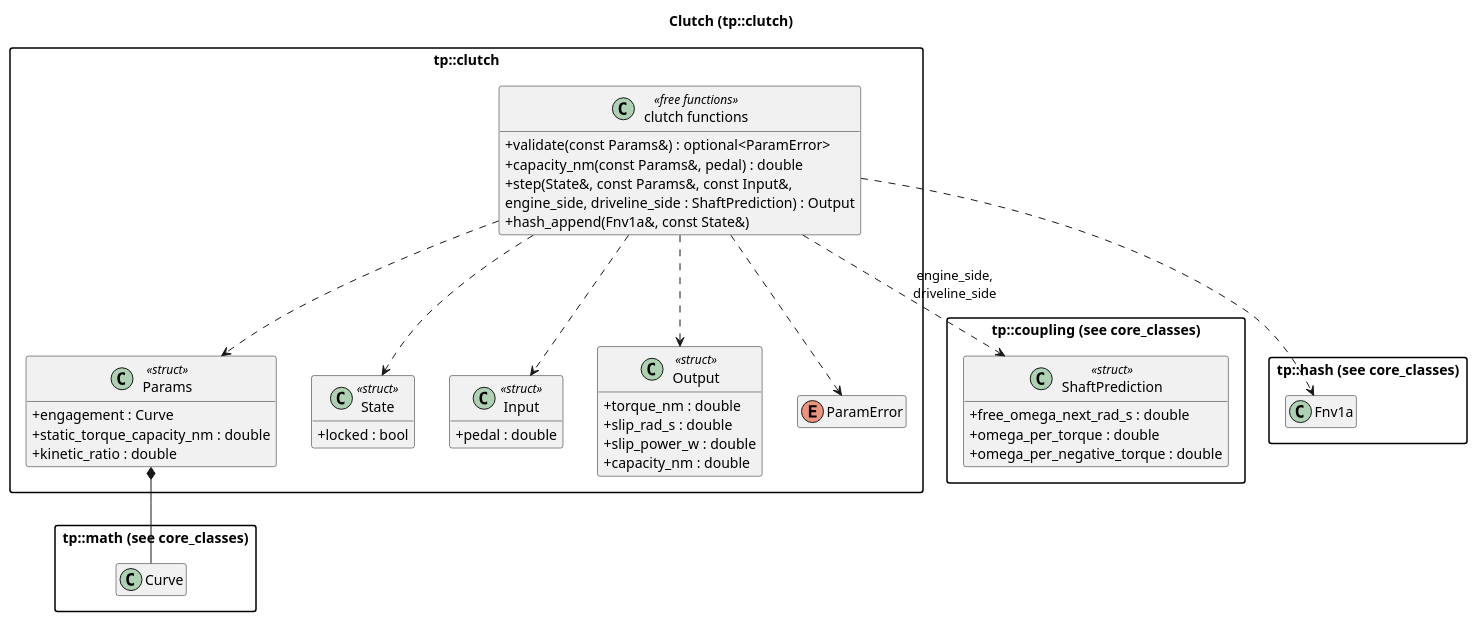
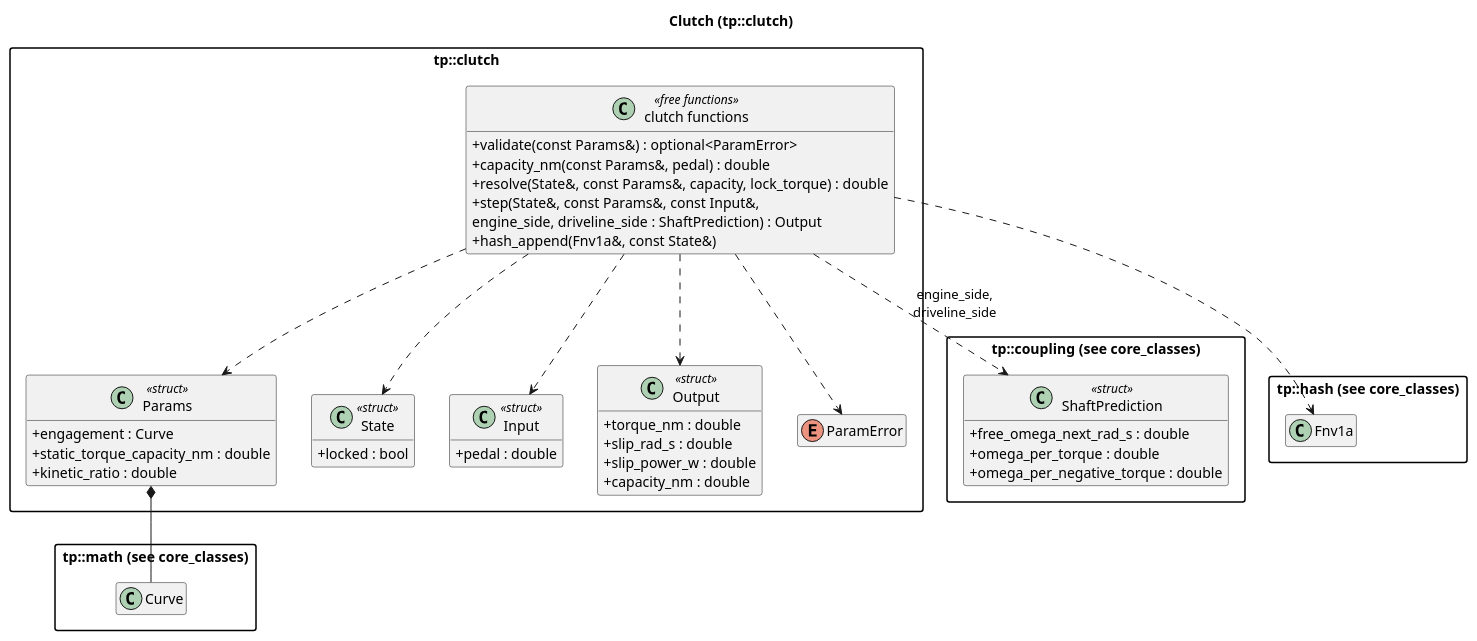
One commit to wversteeg/TractorPulling changed the diagram in docs/diagrams/clutch_classes.puml. Above: the diagram before and after it, drawn with PlantUML. The commit also changed 24 other files, not shown here.

```diff
--- a/docs/diagrams/clutch_classes.puml
+++ b/docs/diagrams/clutch_classes.puml
@@ -1,57 +1,58 @@
 @startuml clutch_classes
 title Clutch (tp::clutch)
 hide empty members
 skinparam packageStyle rectangle
 skinparam classAttributeIconSize 0
 
 package "tp::math (see core_classes)" {
   class Curve
 }
 package "tp::coupling (see core_classes)" {
   class ShaftPrediction <<struct>> {
     +free_omega_next_rad_s : double
     +omega_per_torque : double
     +omega_per_negative_torque : double
   }
 }
 package "tp::hash (see core_classes)" {
   class Fnv1a
 }
 
   package "tp::clutch" {
     class "Params" as ClutchParams <<struct>> {
       +engagement : Curve
       +static_torque_capacity_nm : double
       +kinetic_ratio : double
     }
     class "State" as ClutchState <<struct>> {
       +locked : bool
     }
     class "Input" as ClutchInput <<struct>> {
       +pedal : double
     }
     class "Output" as ClutchOutput <<struct>> {
       +torque_nm : double
       +slip_rad_s : double
       +slip_power_w : double
       +capacity_nm : double
     }
     enum "ParamError" as ClutchParamError
     class "clutch functions" as ClutchFns <<free functions>> {
       +validate(const Params&) : optional<ParamError>
       +capacity_nm(const Params&, pedal) : double
+      +resolve(State&, const Params&, capacity, lock_torque) : double
       +step(State&, const Params&, const Input&,
             engine_side, driveline_side : ShaftPrediction) : Output
       +hash_append(Fnv1a&, const State&)
     }
     ClutchParams *-- Curve
     ClutchFns ..> ClutchParams
     ClutchFns ..> ClutchState
     ClutchFns ..> ClutchInput
     ClutchFns ..> ClutchOutput
     ClutchFns ..> ClutchParamError
   }
 
 ClutchFns ..> ShaftPrediction : engine_side,\ndriveline_side
 ClutchFns ..> Fnv1a
 @enduml
```
